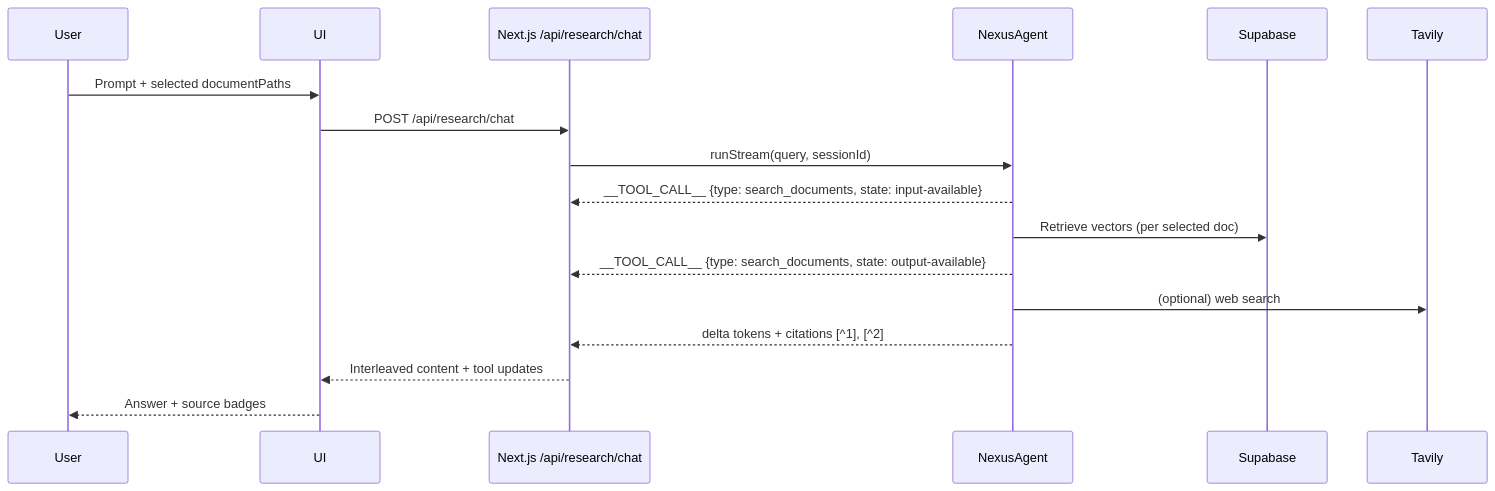
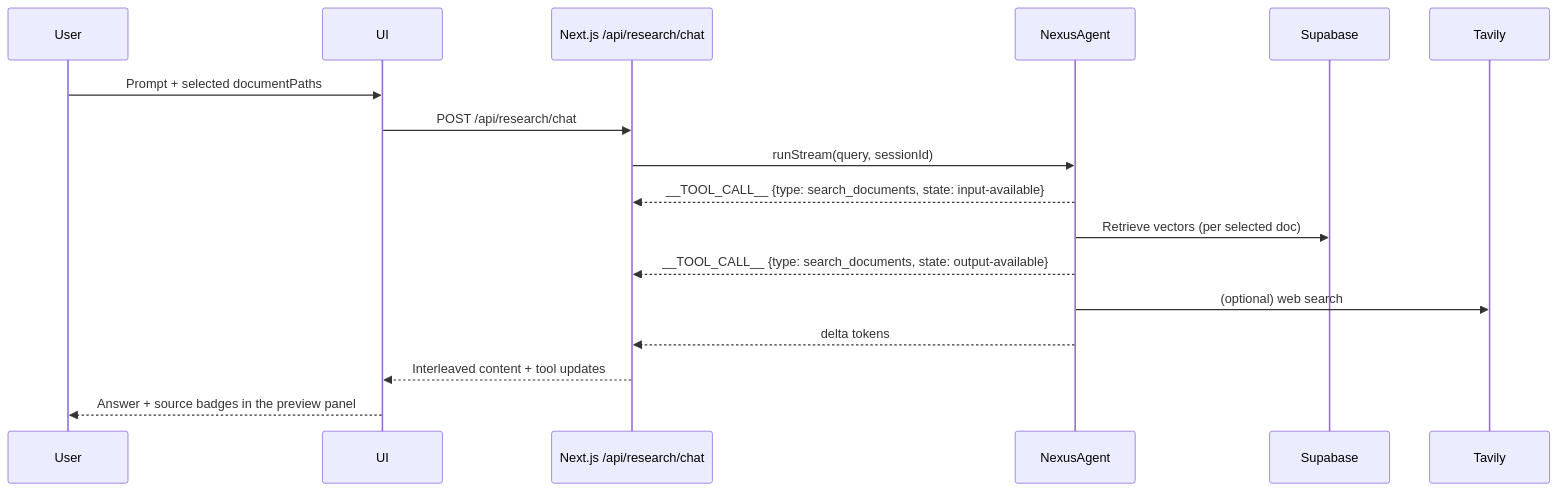
The third of 3 diagrams in docs/blog.md (apache/incubator-resilientdb), drawn with Mermaid before and after one commit. The commit also changed other lines of this file, not shown here.

````diff
--- a/docs/blog.md
+++ b/docs/blog.md
@@ -78,20 +78,20 @@
 ```mermaid
 sequenceDiagram
   participant User
   participant UI
   participant ChatRoute as Next.js /api/research/chat
   participant Agent as NexusAgent
   participant Supabase
   participant Tavily
 
   User->>UI: Prompt + selected documentPaths
   UI->>ChatRoute: POST /api/research/chat
   ChatRoute->>Agent: runStream(query, sessionId)
   Agent-->>ChatRoute: __TOOL_CALL__ {type: search_documents, state: input-available}
   Agent->>Supabase: Retrieve vectors (per selected doc)
   Agent-->>ChatRoute: __TOOL_CALL__ {type: search_documents, state: output-available}
   Agent->>Tavily: (optional) web search
-  Agent-->>ChatRoute: delta tokens + citations [^1], [^2]
+  Agent-->>ChatRoute: delta tokens
   ChatRoute-->>UI: Interleaved content + tool updates
-  UI-->>User: Answer + source badges
+  UI-->>User: Answer + source badges in the preview panel
 ```
````
